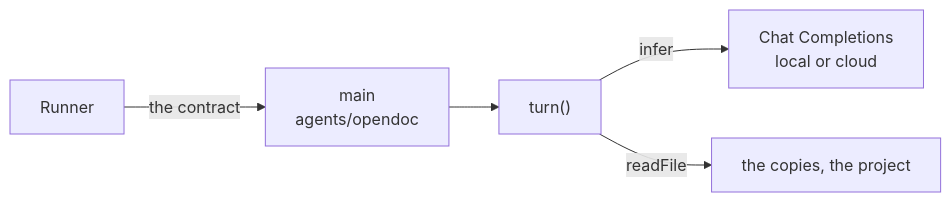
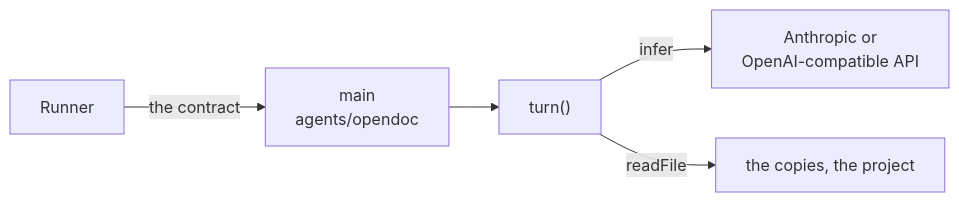
The diagram in docs/opendoc-agent.md (fanzhangg/open-doc), drawn with Mermaid before and after one commit. The commit also changed other lines of this file and 31 other files, not shown here.

First line of the commit message:
Agents as plugins, and a cloud-only OpenDoc agent (#225)

````diff
--- a/docs/opendoc-agent.md
+++ b/docs/opendoc-agent.md
@@ -79,7 +89,7 @@
 ```mermaid
 flowchart LR
   runner["Runner"] -- "the contract" --> main["main<br>agents/opendoc"]
   main --> turn["turn()"]
-  turn -- "infer" --> api["Chat Completions<br>local or cloud"]
+  turn -- "infer" --> api["Anthropic or<br>OpenAI-compatible API"]
   turn -- "readFile" --> files["the copies, the project"]
 ```
````
